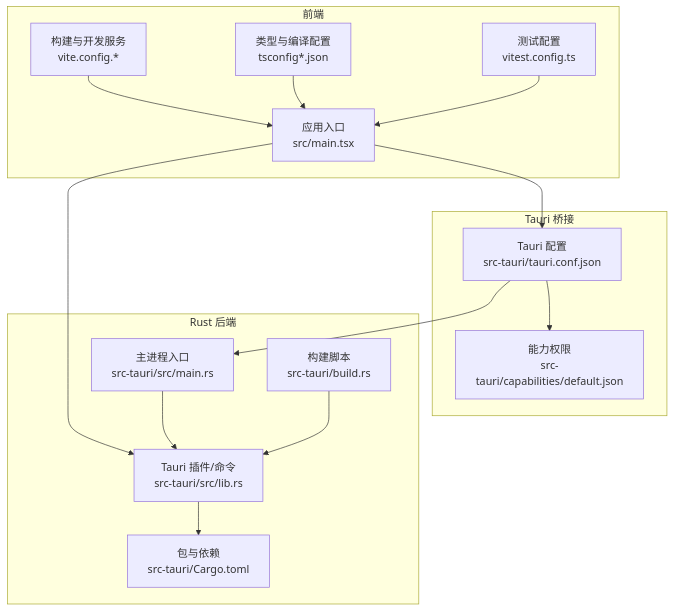
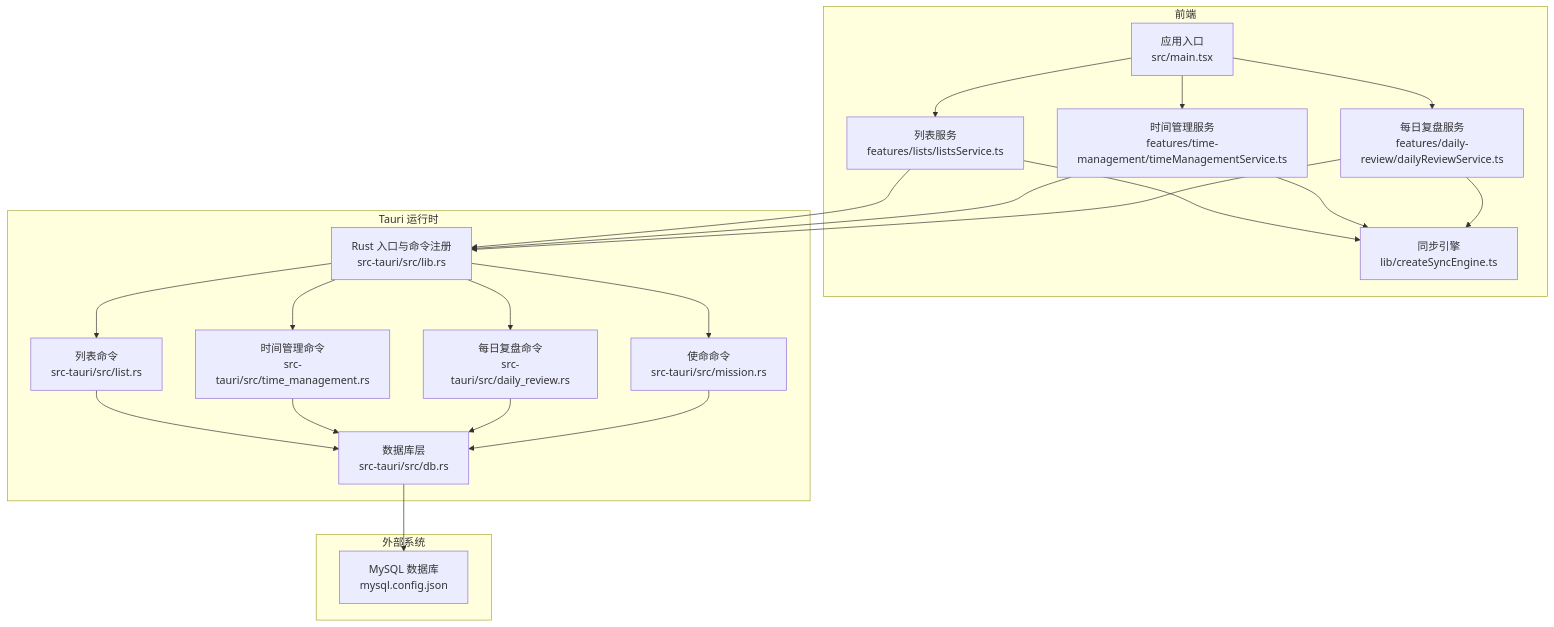
The second of 6 diagrams in .qoder/repowiki/zh/content/开发指南/开发指南.md (gzdxhujiale/FishWorker), drawn with Mermaid before and after one commit. The commit also changed other lines of this file and 238 other files, not shown here.

````diff
--- a/.qoder/repowiki/zh/content/开发指南/开发指南.md
+++ b/.qoder/repowiki/zh/content/开发指南/开发指南.md
@@ -109,29 +126,39 @@
 ```mermaid
 graph TB
 subgraph "前端"
 FE_Main["应用入口<br/>src/main.tsx"]
-FE_Vite["构建与开发服务<br/>vite.config.*"]
-FE_TS["类型与编译配置<br/>tsconfig*.json"]
-FE_Test["测试配置<br/>vitest.config.ts"]
+FE_ListSvc["列表服务<br/>features/lists/listsService.ts"]
+FE_TimeSvc["时间管理服务<br/>features/time-management/timeManagementService.ts"]
+FE_DailySvc["每日复盘服务<br/>features/daily-review/dailyReviewService.ts"]
+FE_Sync["同步引擎<br/>lib/createSyncEngine.ts"]
 end
-subgraph "Tauri 桥接"
-TAURI_CONF["Tauri 配置<br/>src-tauri/tauri.conf.json"]
-CAPS["能力权限<br/>src-tauri/capabilities/default.json"]
+subgraph "Tauri 运行时"
+TR_Entry["Rust 入口与命令注册<br/>src-tauri/src/lib.rs"]
+TR_DB["数据库层<br/>src-tauri/src/db.rs"]
+TR_ListCmd["列表命令<br/>src-tauri/src/list.rs"]
+TR_TimeCmd["时间管理命令<br/>src-tauri/src/time_management.rs"]
+TR_DailyCmd["每日复盘命令<br/>src-tauri/src/daily_review.rs"]
+TR_MissionCmd["使命命令<br/>src-tauri/src/mission.rs"]
 end
-subgraph "Rust 后端"
-RUST_MAIN["主进程入口<br/>src-tauri/src/main.rs"]
-RUST_LIB["Tauri 插件/命令<br/>src-tauri/src/lib.rs"]
-RUST_CARGO["包与依赖<br/>src-tauri/Cargo.toml"]
-RUST_BUILD["构建脚本<br/>src-tauri/build.rs"]
+subgraph "外部系统"
+DB["MySQL 数据库<br/>mysql.config.json"]
 end
-FE_Main --> TAURI_CONF
-FE_Main --> RUST_LIB
-TAURI_CONF --> RUST_MAIN
-TAURI_CONF --> CAPS
-RUST_MAIN --> RUST_LIB
-RUST_LIB --> RUST_CARGO
-RUST_BUILD --> RUST_LIB
-FE_Vite --> FE_Main
-FE_TS --> FE_Main
-FE_Test --> FE_Main
+FE_Main --> FE_ListSvc
+FE_Main --> FE_TimeSvc
+FE_Main --> FE_DailySvc
+FE_ListSvc --> FE_Sync
+FE_TimeSvc --> FE_Sync
+FE_DailySvc --> FE_Sync
+FE_ListSvc --> TR_Entry
+FE_TimeSvc --> TR_Entry
+FE_DailySvc --> TR_Entry
+TR_Entry --> TR_ListCmd
+TR_Entry --> TR_TimeCmd
+TR_Entry --> TR_DailyCmd
+TR_Entry --> TR_MissionCmd
+TR_ListCmd --> TR_DB
+TR_TimeCmd --> TR_DB
+TR_DailyCmd --> TR_DB
+TR_MissionCmd --> TR_DB
+TR_DB --> DB
 ```
````
